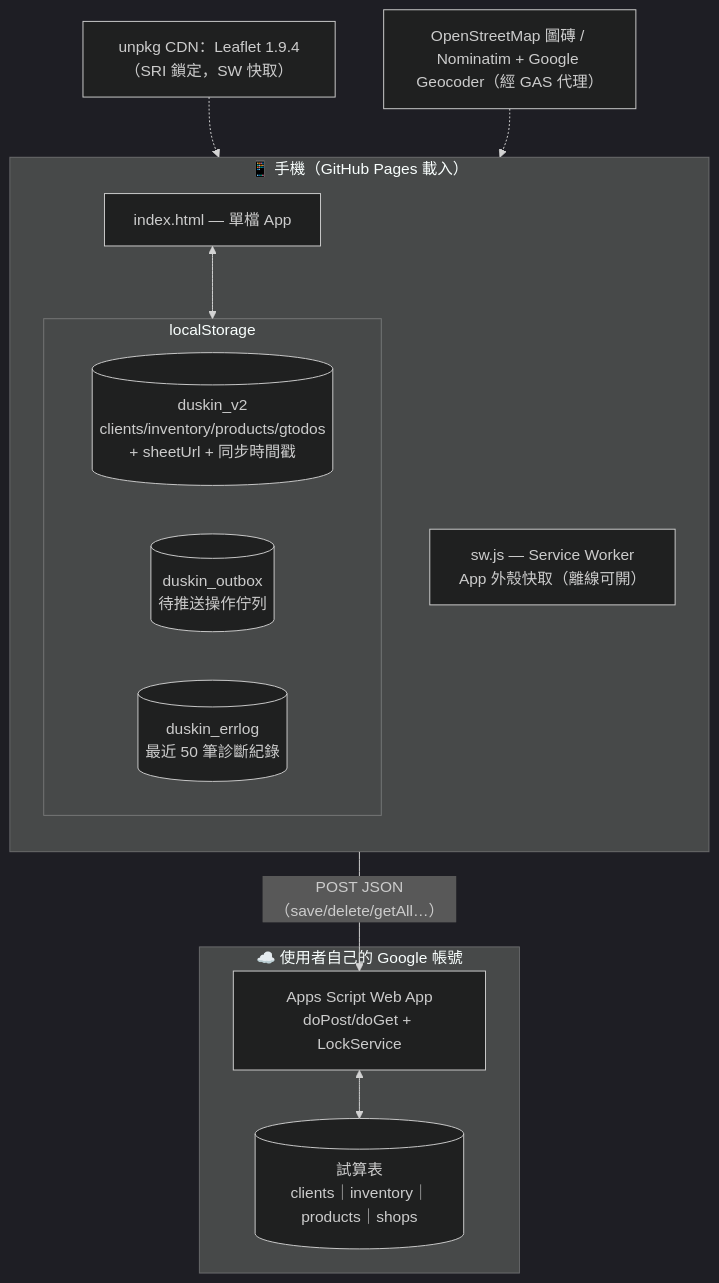
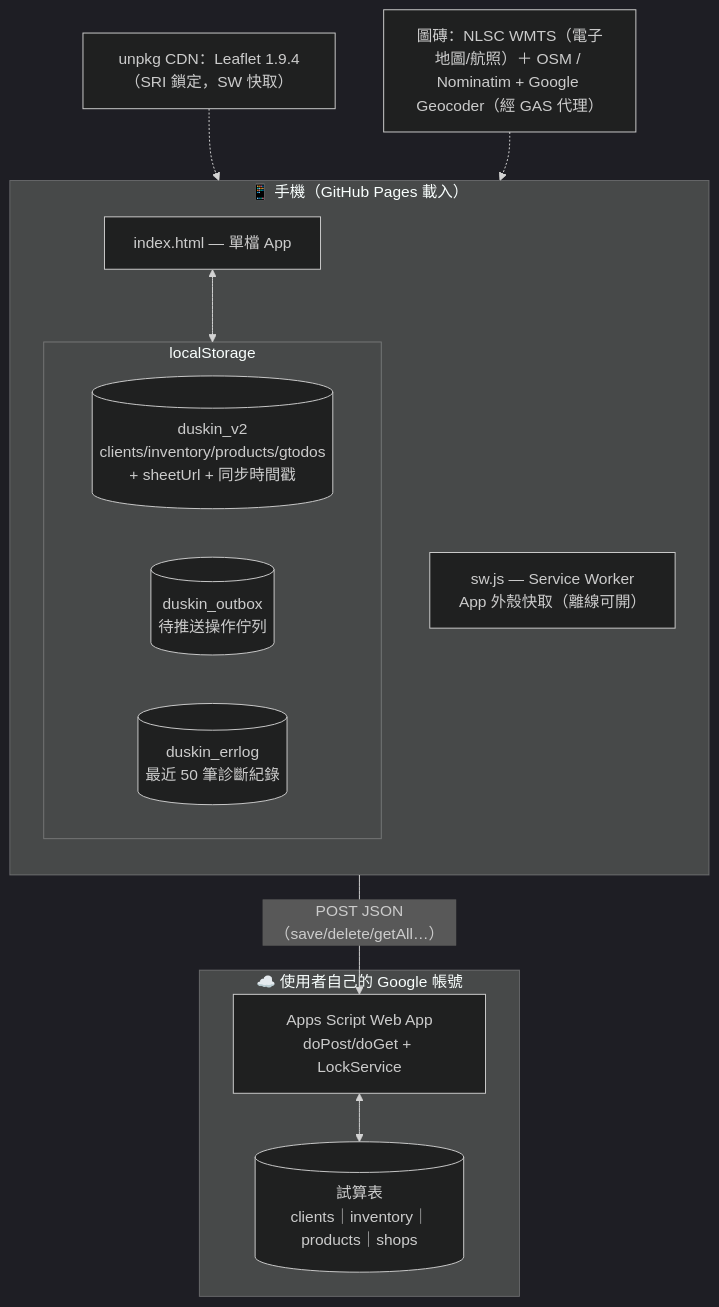
Before and after one commit to coookiepan/salesystem: the first of 2 diagrams in docs/ARCHITECTURE.md, drawn with Mermaid (dark theme). The commit also changed 3 other files, not shown here.

First line of the commit message:
地圖底圖換 NLSC 國土測繪＋圖釘可拖曳修正位置＋定位精度標示 (#50)

````diff
--- a/docs/ARCHITECTURE.md
+++ b/docs/ARCHITECTURE.md
@@ -42,22 +42,22 @@
 ```mermaid
 flowchart TB
   subgraph Phone["📱 手機（GitHub Pages 載入）"]
     direction TB
     SW["sw.js — Service Worker<br/>App 外殼快取（離線可開）"]
     APP["index.html — 單檔 App"]
     subgraph Storage["localStorage"]
       V2[("duskin_v2<br/>clients/inventory/products/gtodos<br/>+ sheetUrl + 同步時間戳")]
       OB[("duskin_outbox<br/>待推送操作佇列")]
       EL[("duskin_errlog<br/>最近 50 筆診斷紀錄")]
     end
     APP <--> Storage
   end
   subgraph Google["☁️ 使用者自己的 Google 帳號"]
     GAS["Apps Script Web App<br/>doPost/doGet + LockService"]
     SHEETS[("試算表<br/>clients｜inventory｜products｜shops")]
     GAS <--> SHEETS
   end
   APP -- "POST JSON（save/delete/getAll…）" --> GAS
   CDN["unpkg CDN：Leaflet 1.9.4（SRI 鎖定，SW 快取）"] -.-> APP
-  OSM["OpenStreetMap 圖磚 / Nominatim + Google Geocoder（經 GAS 代理）"] -.-> APP
+  OSM["圖磚：NLSC WMTS（電子地圖/航照）＋ OSM / Nominatim + Google Geocoder（經 GAS 代理）"] -.-> APP
 ```
````
